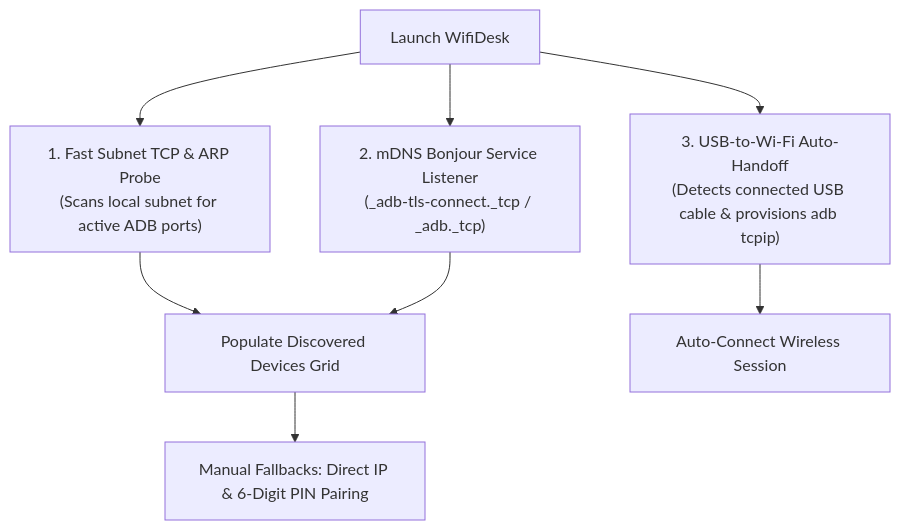
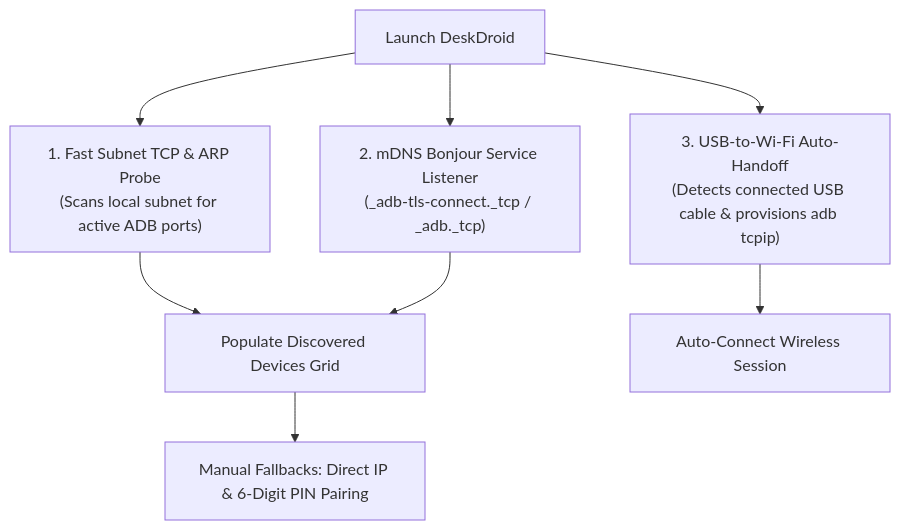
Before and after one commit to az-coder-123/azdroid: the diagram in docs/features/device-discovery-pairing.md, drawn with Mermaid. The commit also changed other lines of this file and 319 other files, not shown here.

Commit message:
refactor(branding): rename project from WifiDesk to DeskDroid across package, macOS config, and documentation

````diff
--- a/docs/features/device-discovery-pairing.md
+++ b/docs/features/device-discovery-pairing.md
@@ -13,11 +13,11 @@
 ```mermaid
 flowchart TD
-    Start["Launch WifiDesk"] --> Scan["1. Fast Subnet TCP & ARP Probe\n(Scans local subnet for active ADB ports)"]
+    Start["Launch DeskDroid"] --> Scan["1. Fast Subnet TCP & ARP Probe\n(Scans local subnet for active ADB ports)"]
     Start --> mDNS["2. mDNS Bonjour Service Listener\n(_adb-tls-connect._tcp / _adb._tcp)"]
     Start --> USB["3. USB-to-Wi-Fi Auto-Handoff\n(Detects connected USB cable & provisions adb tcpip)"]
     
     Scan --> Discovered["Populate Discovered Devices Grid"]
     mDNS --> Discovered
     USB --> AutoConnect["Auto-Connect Wireless Session"]
     Discovered --> Manual["Manual Fallbacks: Direct IP & 6-Digit PIN Pairing"]
 ```
````
